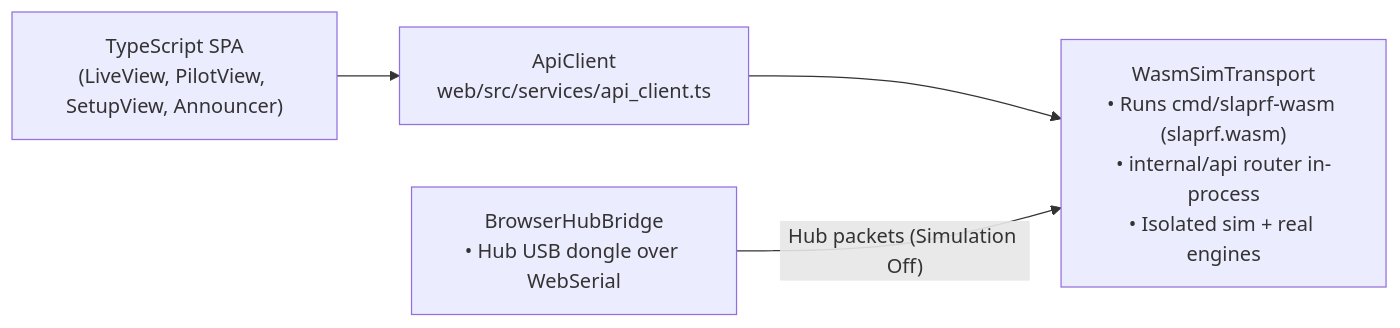
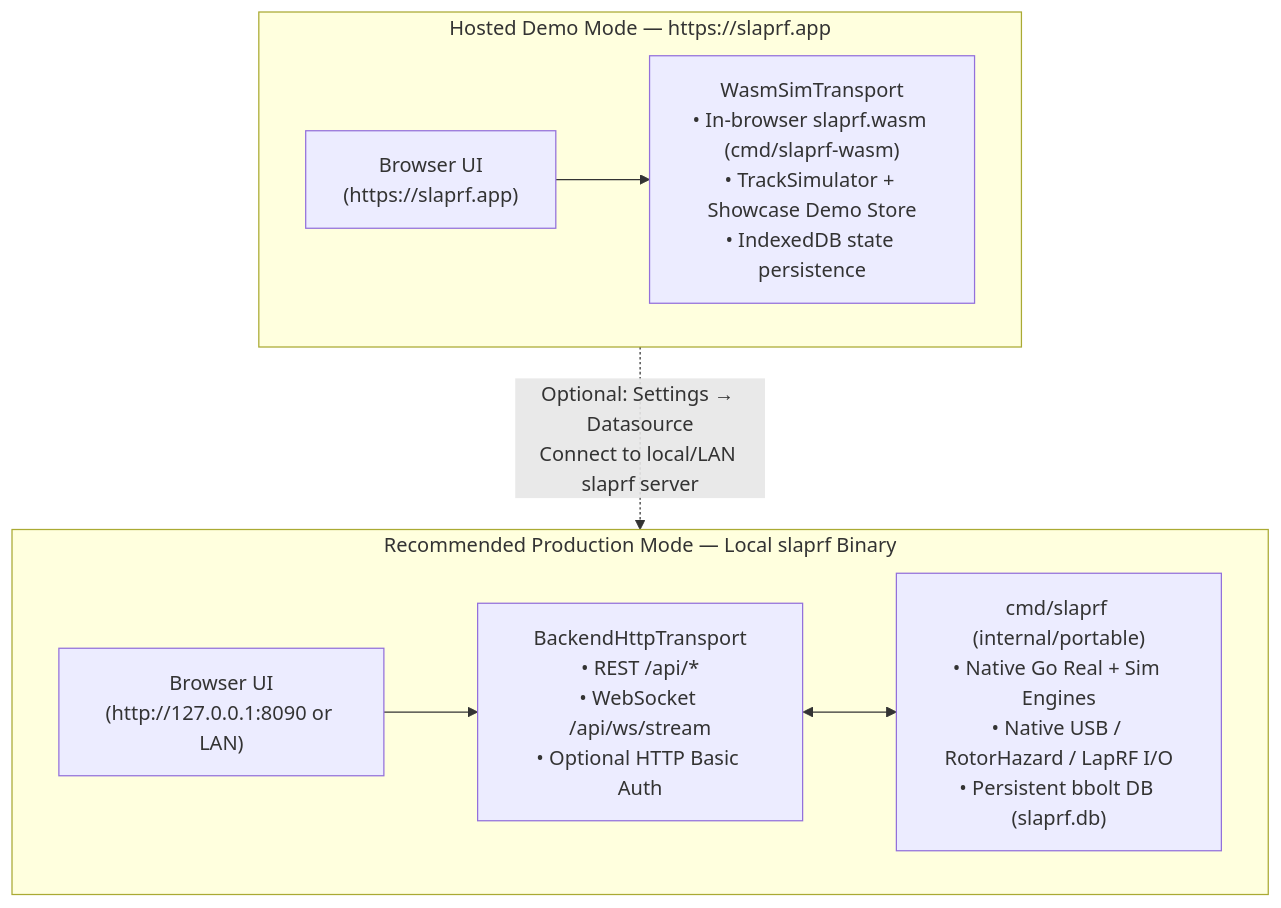
Before and after one commit to kaack/SlapRF: the sixth of 6 diagrams in docs/ARCHITECTURE.md, drawn with Mermaid. The commit also changed other lines of this file and 12 other files, not shown here.

Commit message:
Update README & architecture docs and add showcase demo dataset

````diff
--- a/docs/ARCHITECTURE.md
+++ b/docs/ARCHITECTURE.md
@@ -316,11 +319,19 @@
 ```mermaid
-flowchart LR
-    UI["TypeScript SPA\n(LiveView, PilotView, SetupView, Announcer)"]
-    Client["ApiClient\nweb/src/services/api_client.ts"]
-    WASM["WasmSimTransport\n• Runs cmd/slaprf-wasm (slaprf.wasm)\n• internal/api router in-process\n• Isolated sim + real engines"]
-    Hub["BrowserHubBridge\n• Hub USB dongle over WebSerial"]
+flowchart TB
+    subgraph Prod["Recommended Production Mode — Local slaprf Binary"]
+        direction LR
+        UI1["Browser UI\n(http://127.0.0.1:8090 or LAN)"]
+        BHT["BackendHttpTransport\n• REST /api/*\n• WebSocket /api/ws/stream\n• Optional HTTP Basic Auth"]
+        GoSrv["cmd/slaprf (internal/portable)\n• Native Go Real + Sim Engines\n• Native USB / RotorHazard / LapRF I/O\n• Persistent bbolt DB (slaprf.db)"]
+        UI1 --> BHT <--> GoSrv
+    end
 
-    UI --> Client
-    Client --> WASM
-    Hub -- "Hub packets (Simulation Off)" --> WASM
+    subgraph BrowserDemo["Hosted Demo Mode — https://slaprf.app"]
+        direction LR
+        UI2["Browser UI\n(https://slaprf.app)"]
+        WST["WasmSimTransport\n• In-browser slaprf.wasm (cmd/slaprf-wasm)\n• TrackSimulator + Showcase Demo Store\n• IndexedDB state persistence"]
+        UI2 --> WST
+    end
+
+    UI2 -. "Optional: Settings → Datasource\nConnect to local/LAN slaprf server" .-> GoSrv
 ```
````
